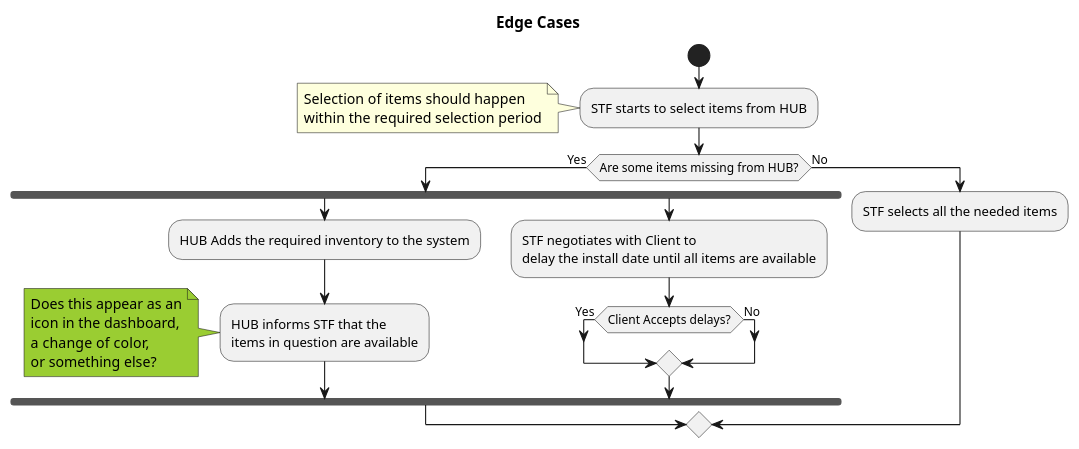
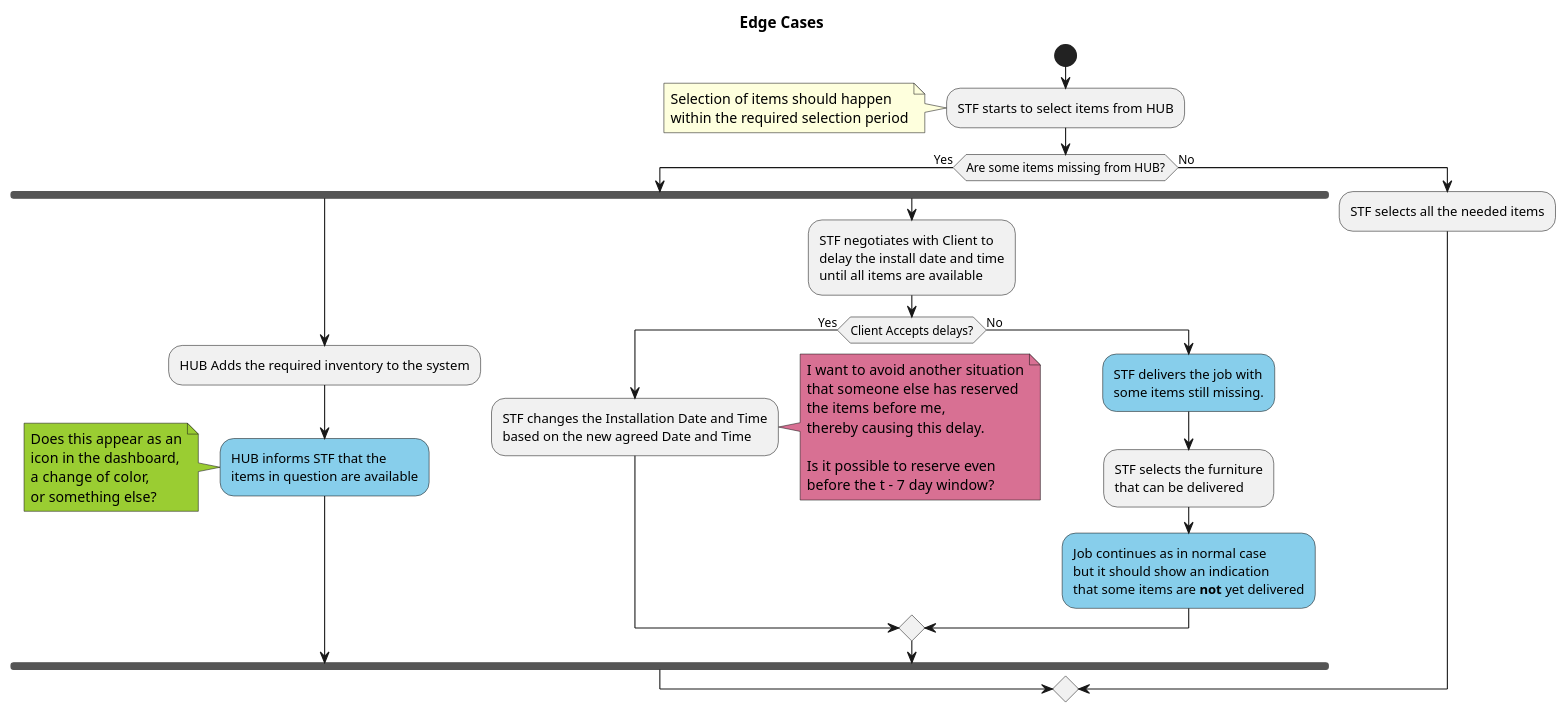
One commit to jpgacrama/NovariSpecs changed the diagram in EdgeCases/Edge_LackOfAvailableInventory.pu. Above: the diagram before and after it, drawn with PlantUML.

Commit message:
Edge Cases: I now wrote that some items can be delivered but not all

```diff
--- a/EdgeCases/Edge_LackOfAvailableInventory.pu
+++ b/EdgeCases/Edge_LackOfAvailableInventory.pu
@@ -5,35 +5,57 @@
 @startuml
     title Edge Cases
     start
     
     :STF starts to select items from HUB;
     note
         Selection of items should happen
         within the required selection period
     end note
 
     if (Are some items missing from HUB?) then (Yes)
         fork
             :HUB Adds the required inventory to the system;
-            :HUB informs STF that the
+            #SkyBlue:HUB informs STF that the
             items in question are available;
             note #YellowGreen
                 Does this appear as an
                 icon in the dashboard,
                 a change of color, 
                 or something else?
             end note
         fork again
             :STF negotiates with Client to
-            delay the install date until all items are available;
+            delay the install date and time
+            until all items are available;
 
             if (Client Accepts delays?) then (Yes)
+                :STF changes the Installation Date and Time
+                based on the new agreed Date and Time;
+
+                note right #PaleVioletRed
+                    I want to avoid another situation
+                    that someone else has reserved
+                    the items before me,
+                    thereby causing this delay.
+
+                    Is it possible to reserve even
+                    before the t - 7 day window?
+                end note
             else (No)
+                #SkyBlue:STF delivers the job with
+                some items still missing.;
+
+                :STF selects the furniture
+                that can be delivered;
+
+                #SkyBlue:Job continues as in normal case
+                but it should show an indication
+                that some items are **not** yet delivered;
             endif
         end fork
 
     else (No)
         :STF selects all the needed items;
     endif
 
 @enduml
```
